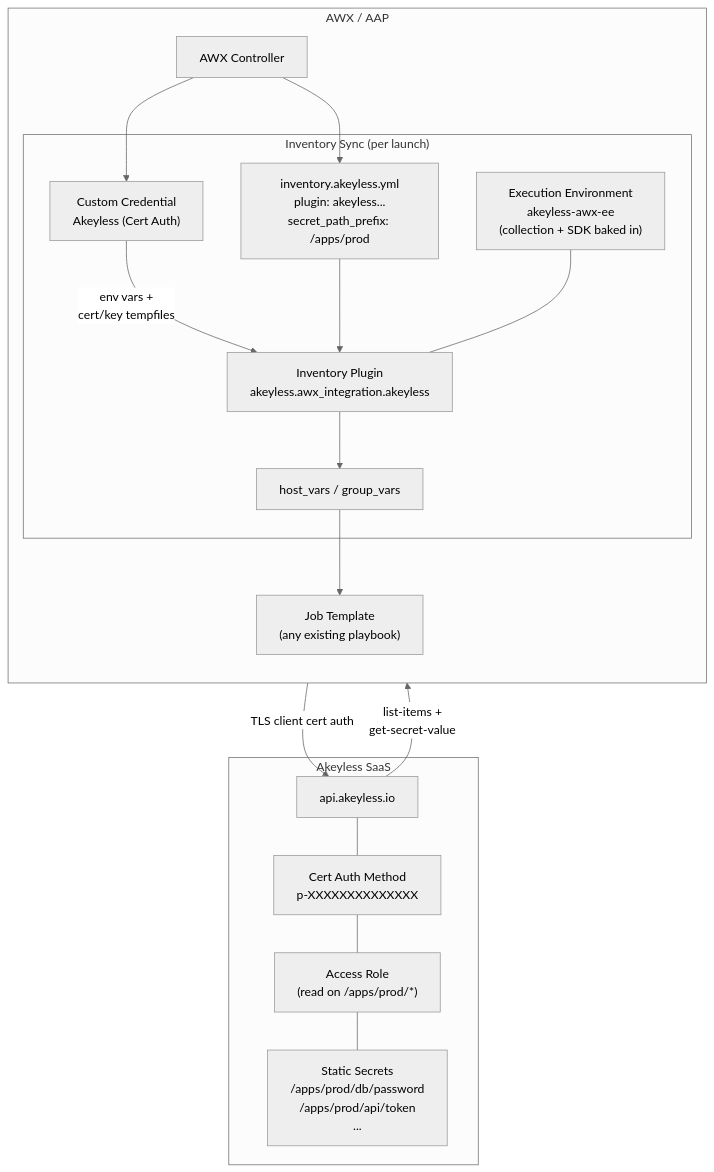
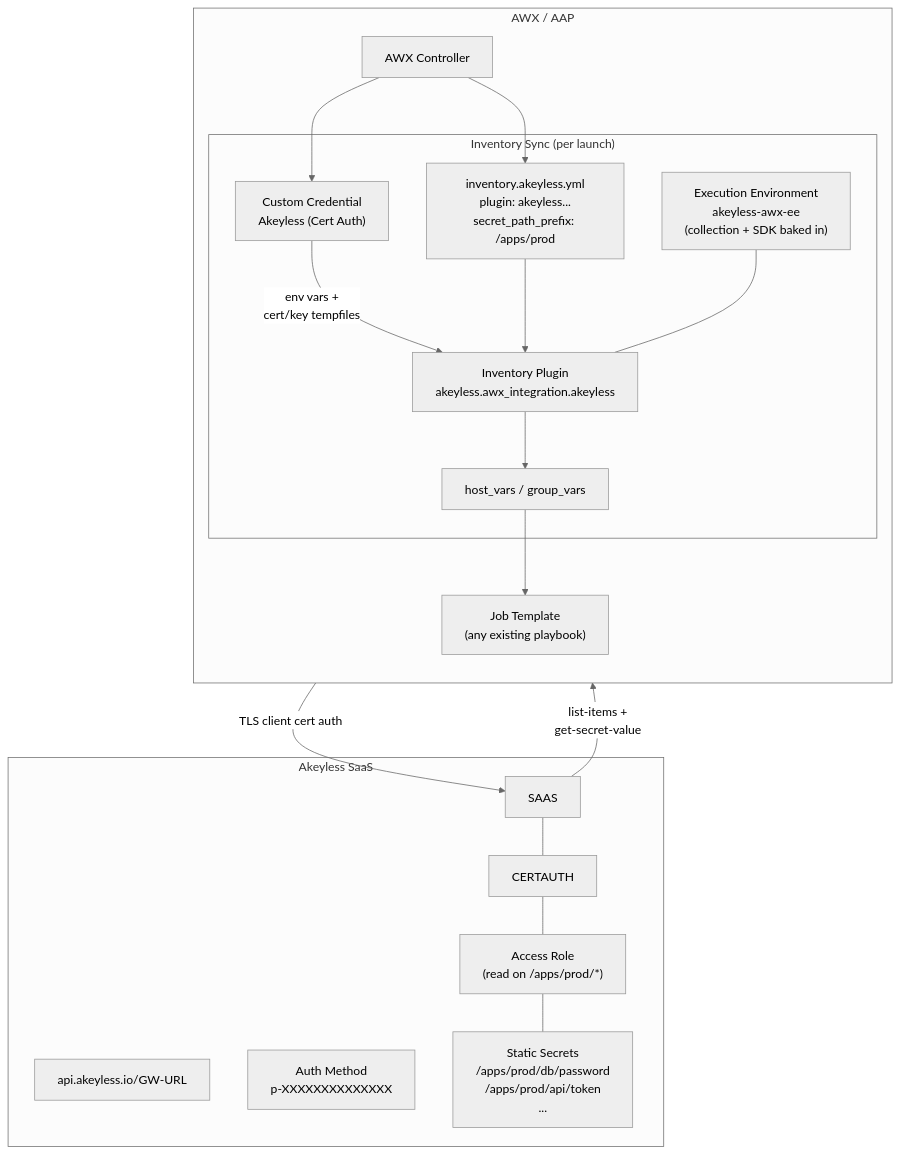
The diagram in README.md (Fahmy-Kadiri-akl/ansible-akeyless-awx), drawn with Mermaid before and after one commit.

````diff
--- a/README.md
+++ b/README.md
@@ -60,36 +60,36 @@
 ```mermaid
 %%{init: {'theme': 'neutral'}}%%
 graph TB
     subgraph "AWX / AAP"
         direction TB
         AWX["AWX Controller"]
         subgraph "Inventory Sync (per launch)"
             CRED["Custom Credential<br/>Akeyless (Cert Auth)"]
             INVYAML["inventory.akeyless.yml<br/>plugin: akeyless...<br/>secret_path_prefix: /apps/prod"]
             EE["Execution Environment<br/>akeyless-awx-ee<br/>(collection + SDK baked in)"]
             PLUGIN["Inventory Plugin<br/>akeyless.awx_integration.akeyless"]
             VARS["host_vars / group_vars"]
             CRED -- "env vars +<br/>cert/key tempfiles" --> PLUGIN
             INVYAML --> PLUGIN
             EE --- PLUGIN
             PLUGIN --> VARS
         end
         JT["Job Template<br/>(any existing playbook)"]
         AWX --> CRED
         AWX --> INVYAML
         VARS --> JT
     end
 
     subgraph "Akeyless SaaS"
-        SAAS["api.akeyless.io"]
-        CERTAUTH["Cert Auth Method<br/>p-XXXXXXXXXXXXXX"]
+        SAAS/Gateway["api.akeyless.io/GW-URL"]
+        Auth["Auth Method<br/>p-XXXXXXXXXXXXXX"]
         ROLE["Access Role<br/>(read on /apps/prod/*)"]
         ITEMS["Static Secrets<br/>/apps/prod/db/password<br/>/apps/prod/api/token<br/>..."]
         SAAS --- CERTAUTH
         CERTAUTH --- ROLE
         ROLE --- ITEMS
     end
 
     PLUGIN -- "TLS client cert auth" --> SAAS
     SAAS -- "list-items +<br/>get-secret-value" --> PLUGIN
 ```
````
